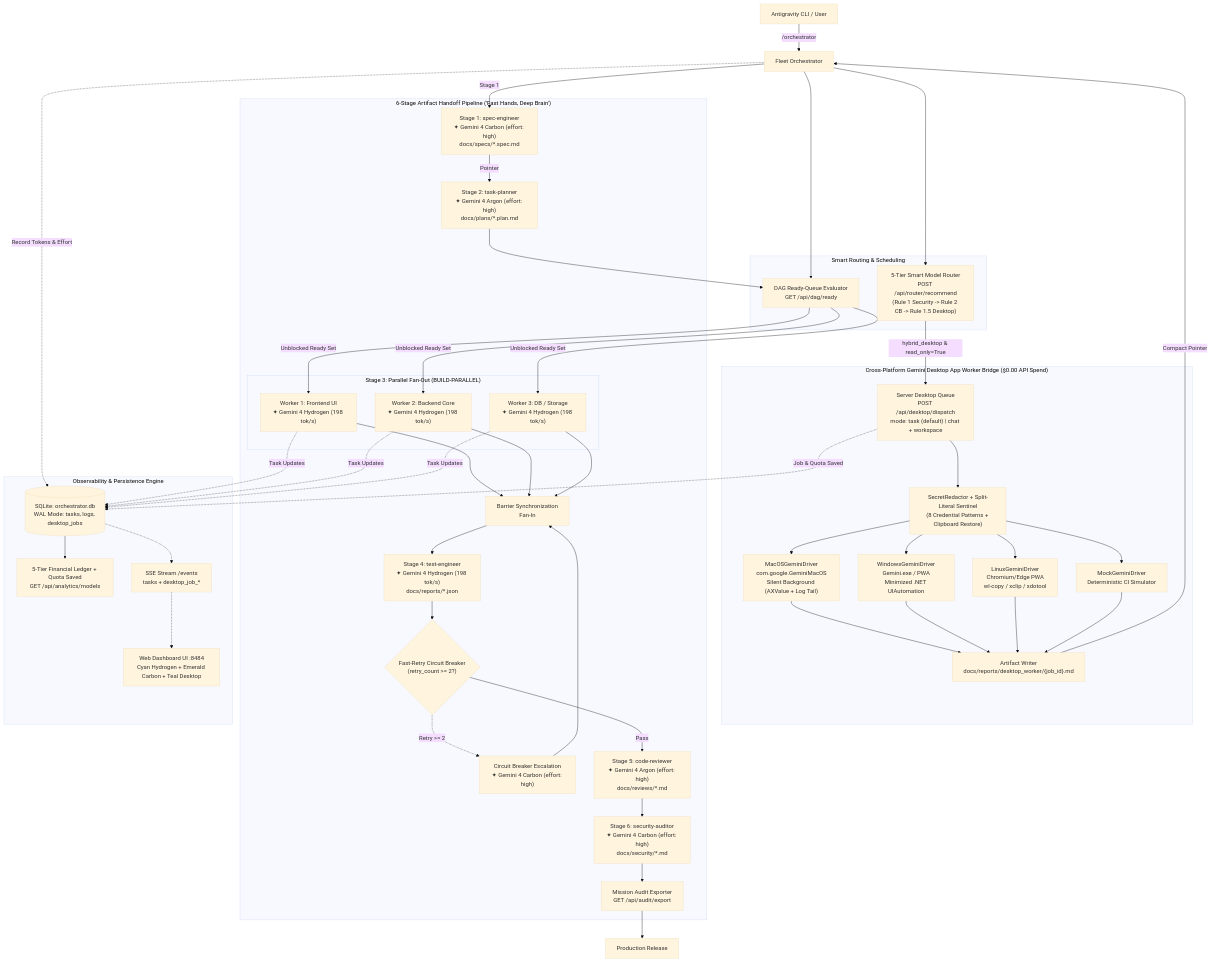
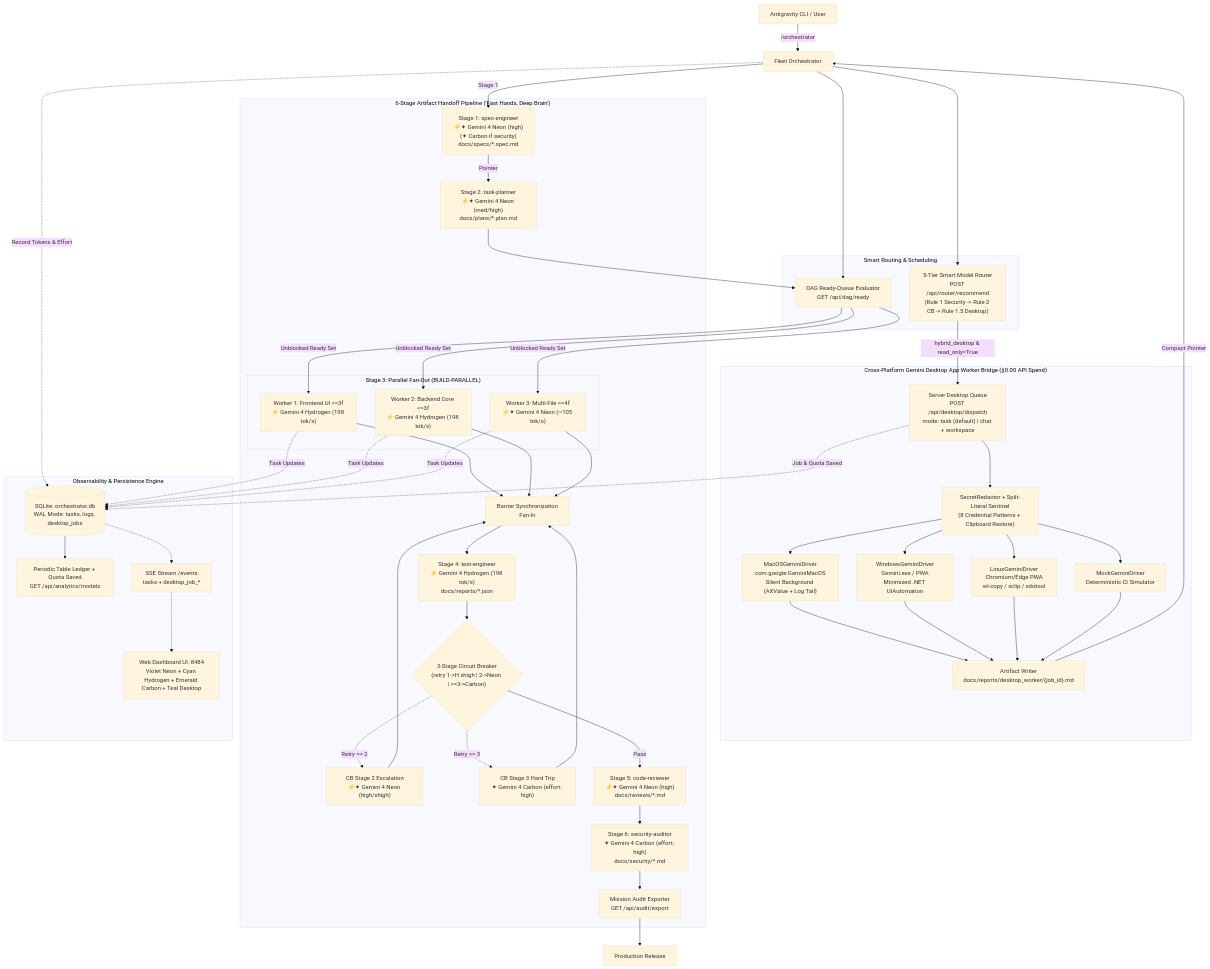
One commit to chien334/antigravity-orchestrator changed the diagram in docs/ARCHITECTURE.md. Above: the diagram before and after it, drawn with Mermaid (base theme). The commit also changed other lines of this file and 2 other files, not shown here.

Commit message:
docs: document Gemini 4 Neon SWE fleet optimization, pricing, and 3-stage circuit breaker

````diff
--- a/docs/ARCHITECTURE.md
+++ b/docs/ARCHITECTURE.md
@@ -7,75 +7,78 @@
 ```mermaid
 graph TD
     Client["Antigravity CLI / User"] -->|/orchestrator| Orchestrator["Fleet Orchestrator"]
     
     subgraph Routing["Smart Routing & Scheduling"]
         Router["5-Tier Smart Model Router<br/>POST /api/router/recommend<br/>(Rule 1 Security -> Rule 2 CB -> Rule 1.5 Desktop)"]
         ReadyQueue["DAG Ready-Queue Evaluator<br/>GET /api/dag/ready"]
     end
     Orchestrator --> Router
     Orchestrator --> ReadyQueue
 
     subgraph DesktopBridge["Cross-Platform Gemini Desktop App Worker Bridge ($0.00 API Spend)"]
         DesktopAPI["Server Desktop Queue<br/>POST /api/desktop/dispatch<br/>mode: task (default) | chat + workspace"]
         Redactor["SecretRedactor + Split-Literal Sentinel<br/>(8 Credential Patterns + Clipboard Restore)"]
         MacDrv["MacOSGeminiDriver<br/>com.google.GeminiMacOS<br/>Silent Background (AXValue + Log Tail)"]
         WinDrv["WindowsGeminiDriver<br/>Gemini.exe / PWA<br/>Minimized .NET UIAutomation"]
         LinDrv["LinuxGeminiDriver<br/>Chromium/Edge PWA<br/>wl-copy / xclip / xdotool"]
         MockDrv["MockGeminiDriver<br/>Deterministic CI Simulator"]
         DesktopArtifact["Artifact Writer<br/>docs/reports/desktop_worker/{job_id}.md"]
     end
 
     Router -->|"hybrid_desktop & read_only=True"| DesktopAPI
     DesktopAPI --> Redactor
     Redactor --> MacDrv & WinDrv & LinDrv & MockDrv
     MacDrv & WinDrv & LinDrv & MockDrv --> DesktopArtifact
     DesktopArtifact -->|"Compact Pointer"| Orchestrator
 
     subgraph Pipeline["6-Stage Artifact Handoff Pipeline ('Fast Hands, Deep Brain')"]
-        Spec["Stage 1: spec-engineer<br/>✦ Gemini 4 Carbon (effort: high)<br/>docs/specs/*.spec.md"]
-        Plan["Stage 2: task-planner<br/>✦ Gemini 4 Argon (effort: high)<br/>docs/plans/*.plan.md"]
+        Spec["Stage 1: spec-engineer<br/>⚡✦ Gemini 4 Neon (high)<br/>(✦ Carbon if security)<br/>docs/specs/*.spec.md"]
+        Plan["Stage 2: task-planner<br/>⚡✦ Gemini 4 Neon (med/high)<br/>docs/plans/*.plan.md"]
         
         subgraph Stage3["Stage 3: Parallel Fan-Out (BUILD-PARALLEL)"]
-            FE["Worker 1: Frontend UI<br/>✦ Gemini 4 Hydrogen (198 tok/s)"]
-            BE["Worker 2: Backend Core<br/>✦ Gemini 4 Hydrogen (198 tok/s)"]
-            DB["Worker 3: DB / Storage<br/>✦ Gemini 4 Hydrogen (198 tok/s)"]
+            FE["Worker 1: Frontend UI <=3f<br/>⚡ Gemini 4 Hydrogen (198 tok/s)"]
+            BE["Worker 2: Backend Core <=3f<br/>⚡ Gemini 4 Hydrogen (198 tok/s)"]
+            MF["Worker 3: Multi-File >=4f<br/>⚡✦ Gemini 4 Neon (~105 tok/s)"]
         end
 
         Barrier["Barrier Synchronization<br/>Fan-In"]
-        Test["Stage 4: test-engineer<br/>✦ Gemini 4 Hydrogen (198 tok/s)<br/>docs/reports/*.json"]
-        CB{"Fast-Retry Circuit Breaker<br/>(retry_count >= 2?)"}
-        EscalateCarbon["Circuit Breaker Escalation<br/>✦ Gemini 4 Carbon (effort: high)"]
+        Test["Stage 4: test-engineer<br/>⚡ Gemini 4 Hydrogen (198 tok/s)<br/>docs/reports/*.json"]
+        CB{"3-Stage Circuit Breaker<br/>(retry 1->H xhigh | 2->Neon | >=3->Carbon)"}
+        EscalateNeon["CB Stage 2 Escalation<br/>⚡✦ Gemini 4 Neon (high/xhigh)"]
+        EscalateCarbon["CB Stage 3 Hard Trip<br/>✦ Gemini 4 Carbon (effort: high)"]
 
-        Review["Stage 5: code-reviewer<br/>✦ Gemini 4 Argon (effort: high)<br/>docs/reviews/*.md"]
+        Review["Stage 5: code-reviewer<br/>⚡✦ Gemini 4 Neon (high)<br/>docs/reviews/*.md"]
         Sec["Stage 6: security-auditor<br/>✦ Gemini 4 Carbon (effort: high)<br/>docs/security/*.md"]
         Audit["Mission Audit Exporter<br/>GET /api/audit/export"]
     end
 
     Orchestrator -->|Stage 1| Spec
     Spec -->|Pointer| Plan
     Plan --> ReadyQueue
-    ReadyQueue -->|Unblocked Ready Set| FE & BE & DB
-    FE & BE & DB --> Barrier
+    ReadyQueue -->|Unblocked Ready Set| FE & BE & MF
+    FE & BE & MF --> Barrier
     Barrier --> Test
     Test --> CB
     CB -->|Pass| Review
-    CB -.->|Retry >= 2| EscalateCarbon
+    CB -.->|Retry == 2| EscalateNeon
+    CB -.->|Retry >= 3| EscalateCarbon
+    EscalateNeon --> Barrier
     EscalateCarbon --> Barrier
     Review --> Sec
     Sec --> Audit
     Audit --> Release["Production Release"]
 
     subgraph Telemetry["Observability & Persistence Engine"]
         DB_Engine[("SQLite: orchestrator.db<br/>WAL Mode: tasks, logs, desktop_jobs")]
-        Analytics["5-Tier Financial Ledger + Quota Saved<br/>GET /api/analytics/models"]
+        Analytics["Periodic Table Ledger + Quota Saved<br/>GET /api/analytics/models"]
         SSE["SSE Stream /events<br/>tasks + desktop_job_*"]
-        Dashboard["Web Dashboard UI :8484<br/>Cyan Hydrogen + Emerald Carbon + Teal Desktop"]
+        Dashboard["Web Dashboard UI :8484<br/>Violet Neon + Cyan Hydrogen + Emerald Carbon + Teal Desktop"]
     end
 
     Orchestrator -.->|Record Tokens & Effort| DB_Engine
-    FE & BE & DB -.->|Task Updates| DB_Engine
+    FE & BE & MF -.->|Task Updates| DB_Engine
     DesktopAPI -.->|Job & Quota Saved| DB_Engine
     DB_Engine --> Analytics
     DB_Engine -.-> SSE
     SSE -.-> Dashboard
 ```
````
